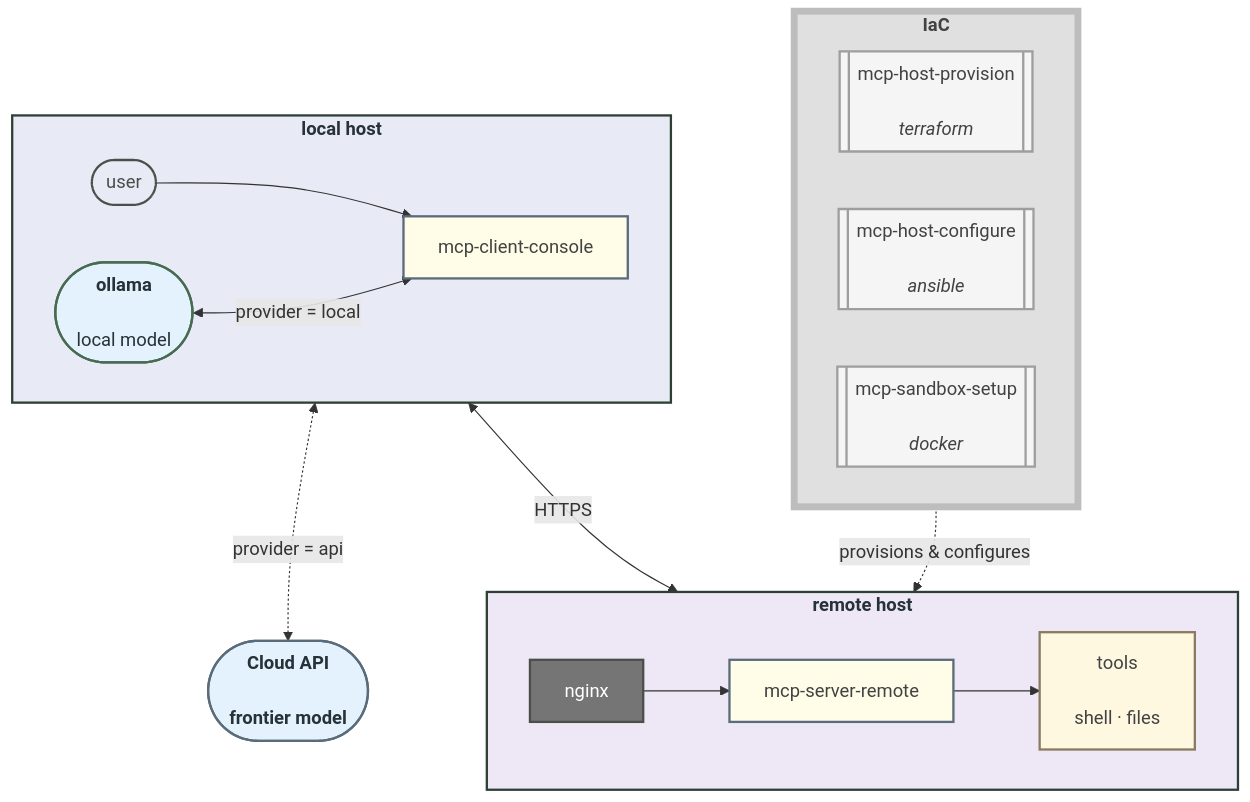
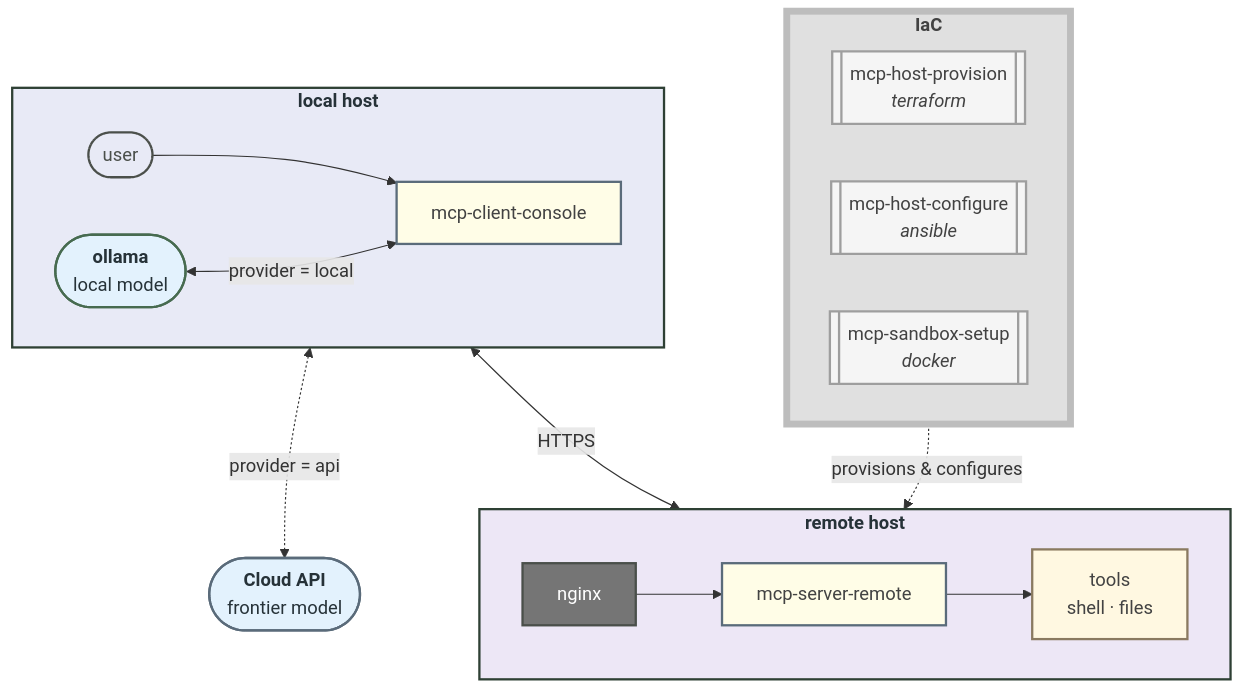
One commit to geomux/geomux changed the diagram in README.md. Above: the diagram before and after it, drawn with Mermaid.

Commit message:
docs(README.md): updated mermaid flowchart again. Github displays different than mermaid.live.. so have to test in rpoduction unfortunately.

````diff
--- a/README.md
+++ b/README.md
@@ -15,44 +15,44 @@
 ```mermaid
 flowchart TB
-    subgraph IAC["<b>IaC</b>"]
+    subgraph IAC["`**IaC**`"]
         direction LR
-        P[["mcp-host-provision
-        <br/><i>terraform</i>"]]:::iac
-        CF[["mcp-host-configure
-        <br/><i>ansible</i>"]]:::iac
-        SB[["mcp-sandbox-setup
-        <br/><i>docker</i>"]]:::iac
+        P[["`mcp-host-provision
+*terraform*`"]]:::iac
+        CF[["`mcp-host-configure
+*ansible*`"]]:::iac
+        SB[["`mcp-sandbox-setup
+*docker*`"]]:::iac
     end
 
-    subgraph LHOST["<b>local host</b>"]
+    subgraph LHOST["`**local host**`"]
         direction LR
-        U([user]):::me --> C["mcp-client-console"]:::pkg
-        M(["<b>ollama</b>
-        <br/>local model"]):::model <-->|provider = local| C
+        U(["`user`"]):::me --> C["`mcp-client-console`"]:::pkg
+        M(["`**ollama**
+local model`"]):::model <-->|provider = local| C
     end
 
-    subgraph RHOST["<b>remote host</b>"]
+    subgraph RHOST["`**remote host**`"]
         direction LR
-        N["nginx"]:::plumb --> S["mcp-server-remote"]:::pkg --> T["tools
-        <br/>shell · files"]:::tools
+        N["`nginx`"]:::plumb --> S["`mcp-server-remote`"]:::pkg --> T["`tools
+shell · files`"]:::tools
     end
 
-    API(["<b>Cloud API
-    <br/>frontier model"]):::cloud
+    API(["`**Cloud API**
+frontier model`"]):::cloud
 
     IAC -.->|provisions & configures| RHOST
     C <-->|HTTPS| N
     C <-.->|provider = api| API
 
     classDef me fill:none,stroke:#4A4F4A,stroke-width:2px,color:#4A4F4A
     classDef pkg fill:#FFFDE7,stroke:#5A6B7A,stroke-width:2px,color:#424242
     classDef plumb fill:#757575,stroke:#4A4F4A,stroke-width:2px,color:#FFFFFF
     classDef tools fill:#FFF8E1,stroke:#8A7A60,stroke-width:2px,color:#424242
     classDef iac fill:#F5F5F5,stroke:#9E9E9E,stroke-width:2px,color:#424242
     classDef model fill:#E3F2FD,stroke:#476B50,stroke-width:2px,color:#263238
     classDef cloud fill:#E3F2FD,stroke:#5A6B7A,stroke-width:2px,color:#263238
     style RHOST fill:#EDE7F6,stroke:#2E4034,stroke-width:2px,color:#263238
     style LHOST fill:#E8EAF6,stroke:#2E4034,stroke-width:2px,color:#263238
     style IAC fill:#E0E0E0,stroke:#BDBDBD,stroke-width:6px,color:#424242
 
 ```
````
